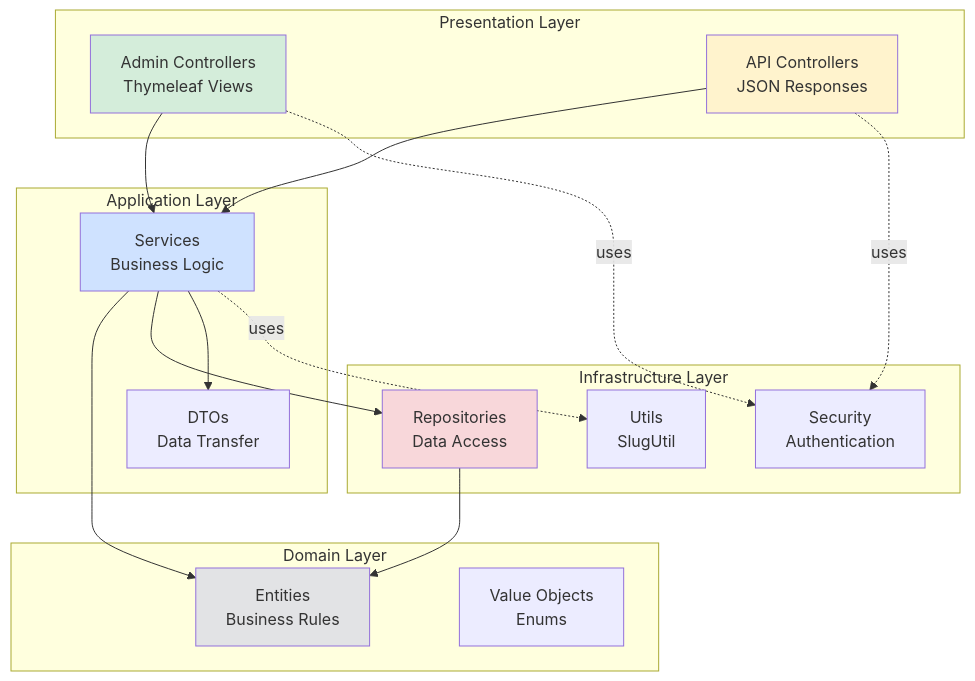
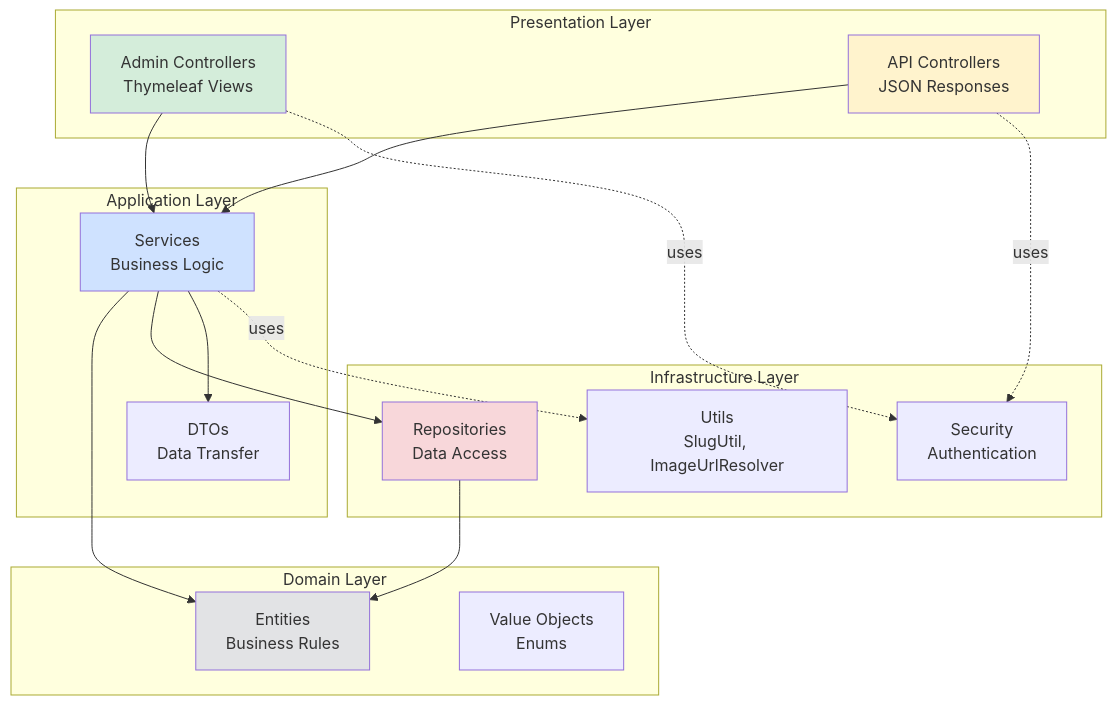
One commit to ErnestoCafre/pastry-back-java21 changed the fourth of 7 diagrams in backend/ARCHITECTURE.md. Above: the diagram before and after it, drawn with Mermaid. The commit also changed other lines of this file and 2 other files, not shown here.

First line of the commit message:
docs: registrar V5, open-in-view, ImageUrlResolver y GlobalBindingAdvice

````diff
--- a/backend/ARCHITECTURE.md
+++ b/backend/ARCHITECTURE.md
@@ -206,39 +206,39 @@
 ```mermaid
 graph TD
     subgraph "Presentation Layer"
         P1[Admin Controllers<br/>Thymeleaf Views]
         P2[API Controllers<br/>JSON Responses]
     end
     
     subgraph "Application Layer"
         A1[Services<br/>Business Logic]
         A2[DTOs<br/>Data Transfer]
     end
     
     subgraph "Domain Layer"
         D1[Entities<br/>Business Rules]
         D2[Value Objects<br/>Enums]
     end
     
     subgraph "Infrastructure Layer"
         I1[Repositories<br/>Data Access]
         I2[Security<br/>Authentication]
-        I3[Utils<br/>SlugUtil]
+        I3[Utils<br/>SlugUtil, ImageUrlResolver]
     end
     
     P1 --> A1
     P2 --> A1
     A1 --> D1
     A1 --> I1
     A1 --> A2
     I1 --> D1
     P1 -.uses.-> I2
     P2 -.uses.-> I2
     A1 -.uses.-> I3
     
     style P1 fill:#d4edda
     style P2 fill:#fff3cd
     style A1 fill:#cfe2ff
     style D1 fill:#e2e3e5
     style I1 fill:#f8d7da
 ```
````
